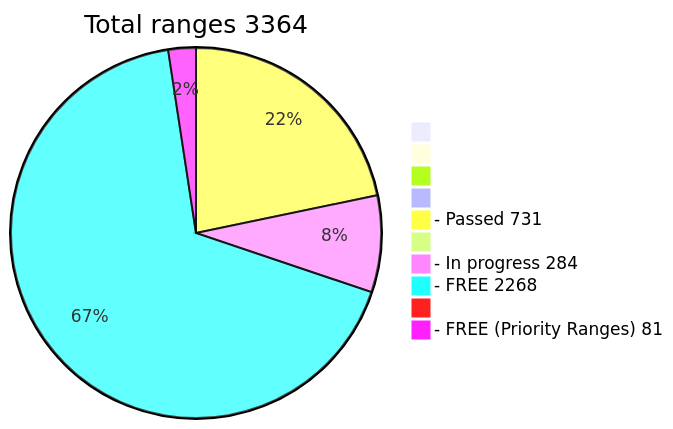
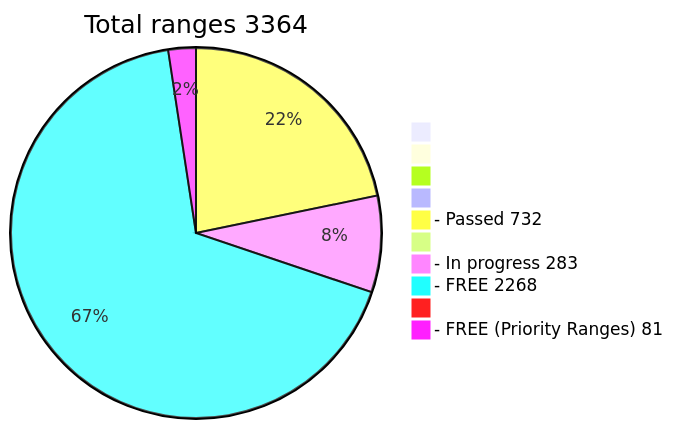
The diagram in README.md (phrutis/wif500), drawn with Mermaid before and after one commit.

````diff
--- a/README.md
+++ b/README.md
@@ -16,13 +16,13 @@
 ```mermaid
 pie title Total ranges 3364
              " " : 0
             "  " : 0
            "   " : 0
           "    " : 0
-  "- Passed 731" : 731
+  "- Passed 732" : 732
          "     " : 0
-  "- In progress 284" : 284
+  "- In progress 283" : 283
    "- FREE 2268" : 2268
         "      " : 0
   "- FREE (Priority Ranges) 81" : 81
 ```
````
